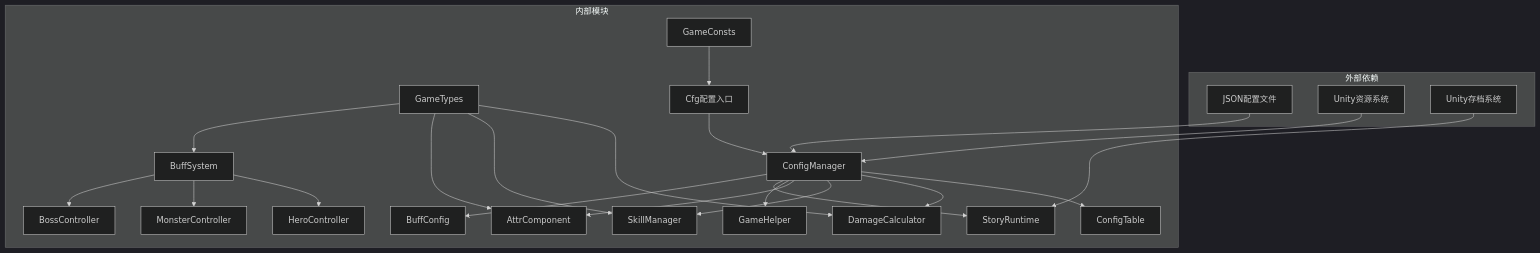
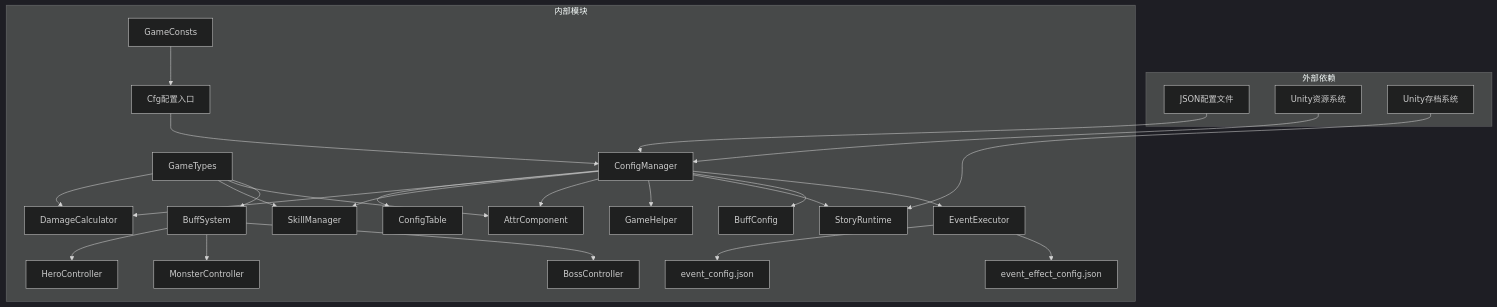
Diagram 15 of 15 in .qoder/repowiki/zh/content/核心架构/游戏常量与类型.md (Tuusen/p1_client), drawn with Mermaid (dark theme) before and after one commit. The commit also changed other lines of this file and 11 other files, not shown here.

````diff
--- a/.qoder/repowiki/zh/content/核心架构/游戏常量与类型.md
+++ b/.qoder/repowiki/zh/content/核心架构/游戏常量与类型.md
@@ -593,44 +696,50 @@
 ```mermaid
 graph TB
 subgraph "外部依赖"
 JSON[JSON配置文件]
 Resources[Unity资源系统]
 PlayerPrefs[Unity存档系统]
 end
 subgraph "内部模块"
 GC[GameConsts]
 GT[GameTypes]
 CFG[Cfg配置入口]
 CM[ConfigManager]
 CT[ConfigTable]
 DC[DamageCalculator]
 SM[SkillManager]
 AC[AttrComponent]
 GH[GameHelper]
 SR[StoryRuntime]
 BS[BuffSystem]
 HC[HeroController]
 MC[MonsterController]
 BOSS[BossController]
 BC[BuffConfig]
+EE[EventExecutor]
+ESJ[event_config.json]
+EESJ[event_effect_config.json]
 end
 JSON --> CM
 Resources --> CM
 PlayerPrefs --> SR
 GC --> CFG
 GT --> DC
 GT --> SM
 GT --> AC
 GT --> BS
 CFG --> CM
 CM --> CT
 CM --> DC
 CM --> SM
 CM --> AC
 CM --> GH
 CM --> SR
 CM --> BC
+CM --> EE
+EE --> ESJ
+EE --> EESJ
 BS --> HC
 BS --> MC
 BS --> BOSS
 ```
````
